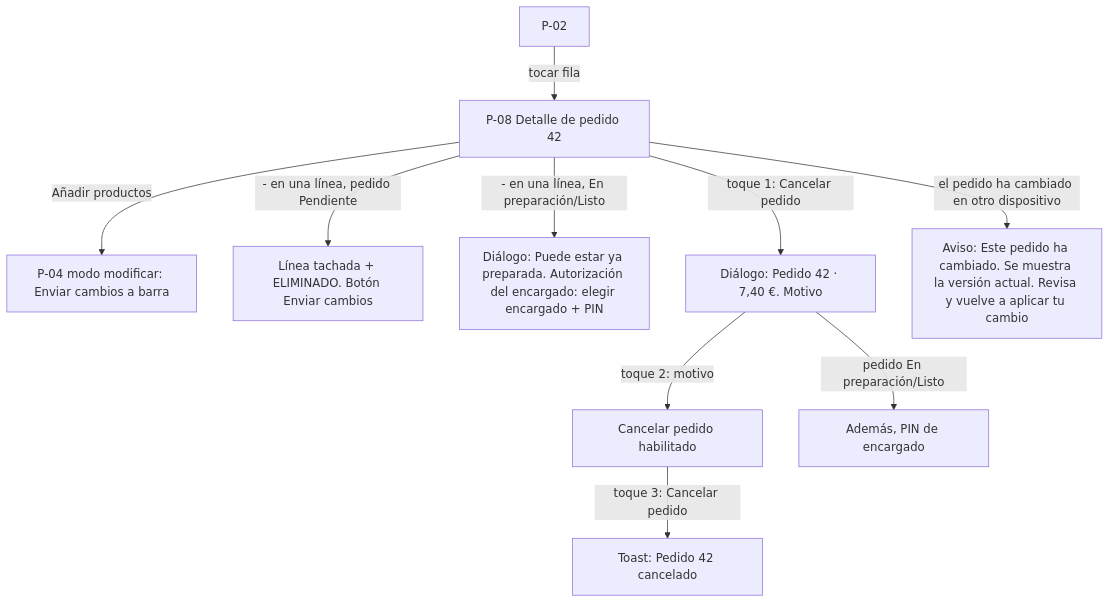
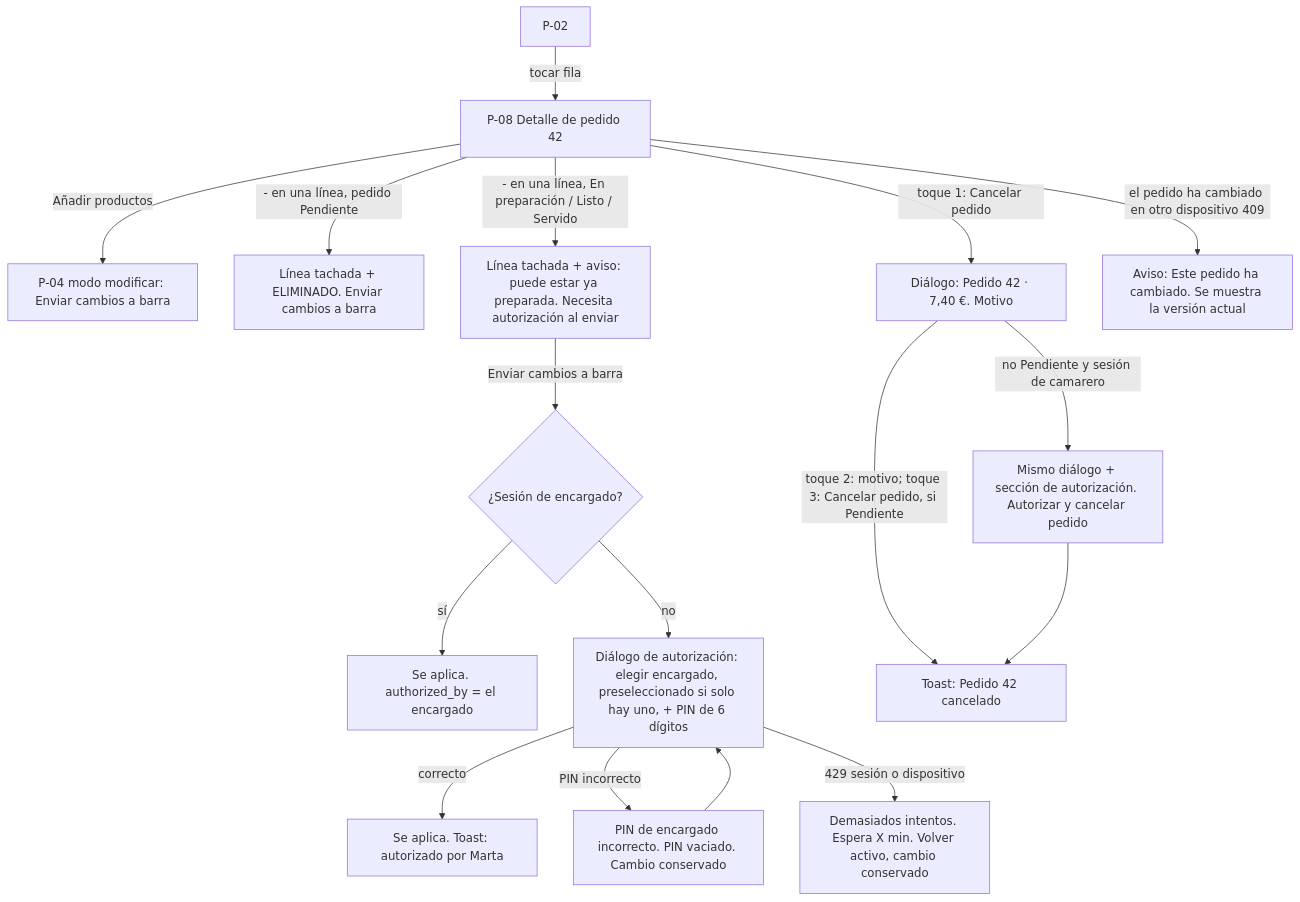
The seventh of 7 diagrams in docs/ux/flujos.md (Pablo592/testing-ia), drawn with Mermaid before and after one commit. The commit also changed other lines of this file and 8 other files, not shown here.

Commit message:
E1 ux-designer: wireframes actualizados con cambios del PO (1.1c), SEC-007 y bloqueos

````diff
--- a/docs/ux/flujos.md
+++ b/docs/ux/flujos.md
@@ -196,12 +223,19 @@
 ```mermaid
 flowchart TD
   P[P-02] -->|tocar fila| D[P-08 Detalle de pedido 42]
   D -->|Añadir productos| T[P-04 modo modificar: Enviar cambios a barra]
-  D -->|- en una línea, pedido Pendiente| M[Línea tachada + ELIMINADO. Botón Enviar cambios]
-  D -->|- en una línea, En preparación/Listo| AU[Diálogo: Puede estar ya preparada. Autorización del encargado: elegir encargado + PIN]
+  D -->|- en una línea, pedido Pendiente| M[Línea tachada + ELIMINADO. Enviar cambios a barra]
+  D -->|- en una línea, En preparación / Listo / Servido| MA[Línea tachada + aviso: puede estar ya preparada. Necesita autorización al enviar]
+  MA -->|Enviar cambios a barra| S{¿Sesión de encargado?}
+  S -->|sí| OK1[Se aplica. authorized_by = el encargado]
+  S -->|no| AU[Diálogo de autorización: elegir encargado, preseleccionado si solo hay uno, + PIN de 6 dígitos]
+  AU -->|correcto| OK2[Se aplica. Toast: autorizado por Marta]
+  AU -->|PIN incorrecto| AE[PIN de encargado incorrecto. PIN vaciado. Cambio conservado]
+  AE --> AU
+  AU -->|429 sesión o dispositivo| AB[Demasiados intentos. Espera X min. Volver activo, cambio conservado]
   D -->|toque 1: Cancelar pedido| CC[Diálogo: Pedido 42 · 7,40 €. Motivo]
-  CC -->|toque 2: motivo| CC2[Cancelar pedido habilitado]
-  CC2 -->|toque 3: Cancelar pedido| X[Toast: Pedido 42 cancelado]
-  CC -->|pedido En preparación/Listo| AU2[Además, PIN de encargado]
-  D -->|el pedido ha cambiado en otro dispositivo| CF[Aviso: Este pedido ha cambiado. Se muestra la versión actual. Revisa y vuelve a aplicar tu cambio]
+  CC -->|toque 2: motivo; toque 3: Cancelar pedido, si Pendiente| X[Toast: Pedido 42 cancelado]
+  CC -->|no Pendiente y sesión de camarero| CCA[Mismo diálogo + sección de autorización. Autorizar y cancelar pedido]
+  CCA --> X
+  D -->|el pedido ha cambiado en otro dispositivo 409| CF[Aviso: Este pedido ha cambiado. Se muestra la versión actual]
 ```
````
